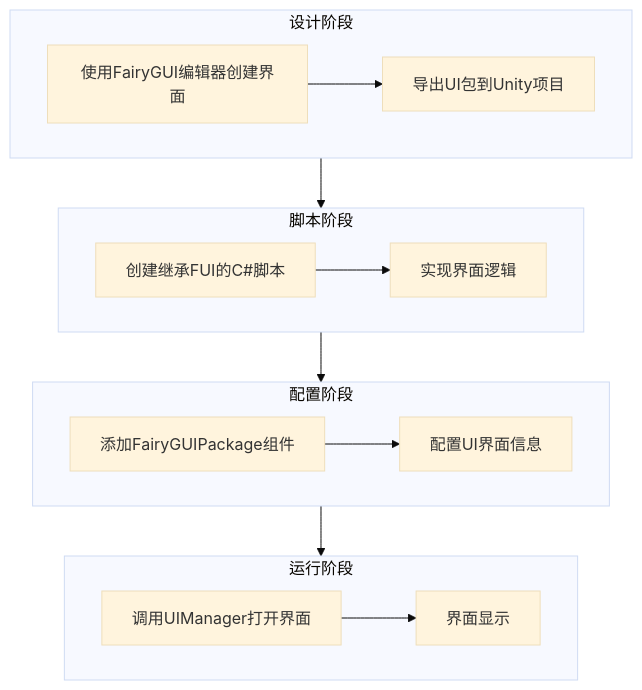
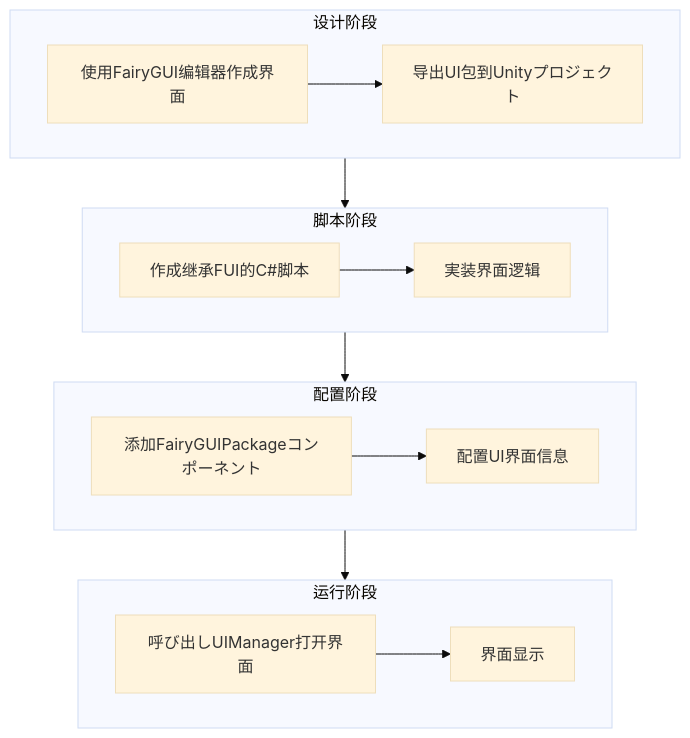
One commit to AlianBlank/GameFrameX.Docs changed the first of 3 diagrams in docs/ja/client/unity/component/ui-fairygui/03.getting-started.md. Above: the diagram before and after it, drawn with Mermaid (base theme). The commit also changed other lines of this file and 603 other files, not shown here.

````diff
--- a/docs/ja/client/unity/component/ui-fairygui/03.getting-started.md
+++ b/docs/ja/client/unity/component/ui-fairygui/03.getting-started.md
@@ -20,22 +20,22 @@
 ```mermaid
 flowchart TD
     subgraph 设计阶段["设计阶段"]
-        A[使用FairyGUI编辑器创建界面] --> B[导出UI包到Unity项目]
+        A[使用FairyGUI编辑器作成界面] --> B[导出UI包到Unityプロジェクト]
     end
 
     subgraph 脚本阶段["脚本阶段"]
-        C[创建继承FUI的C#脚本] --> D[实现界面逻辑]
+        C[作成继承FUI的C#脚本] --> D[実装界面逻辑]
     end
 
     subgraph 配置阶段["配置阶段"]
-        E[添加FairyGUIPackage组件] --> F[配置UI界面信息]
+        E[添加FairyGUIPackageコンポーネント] --> F[配置UI界面信息]
     end
 
     subgraph 运行阶段["运行阶段"]
-        G[调用UIManager打开界面] --> H[界面显示]
+        G[呼び出しUIManager打开界面] --> H[界面显示]
     end
 
     设计阶段 --> 脚本阶段
     脚本阶段 --> 配置阶段
     配置阶段 --> 运行阶段
 ```
````
